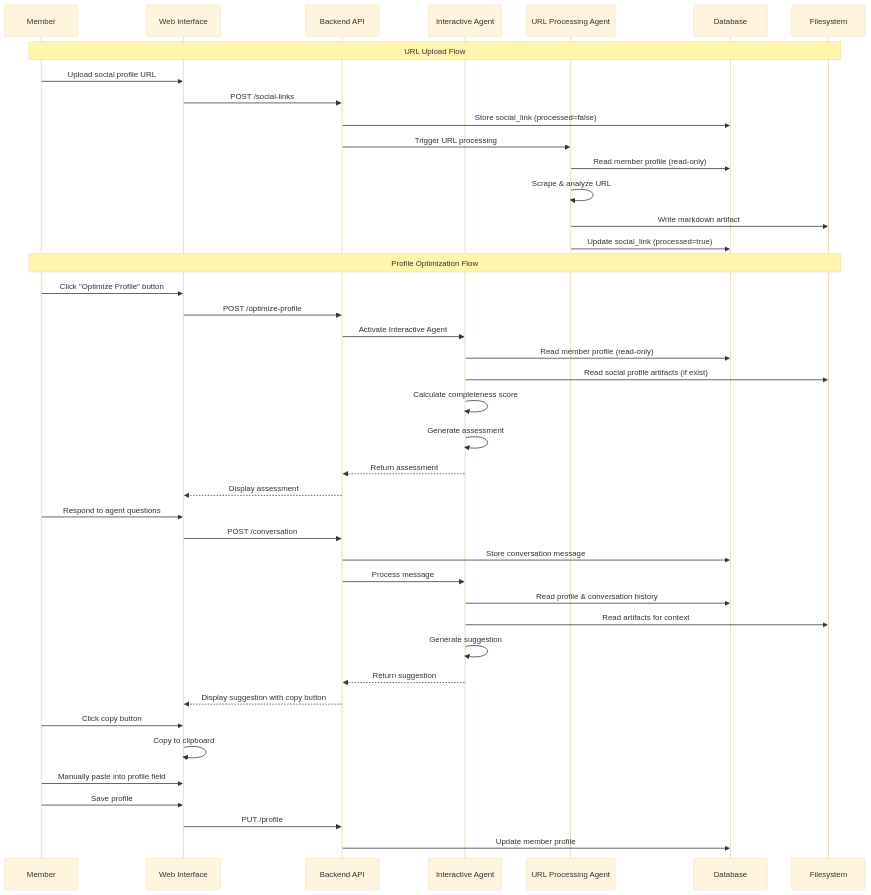
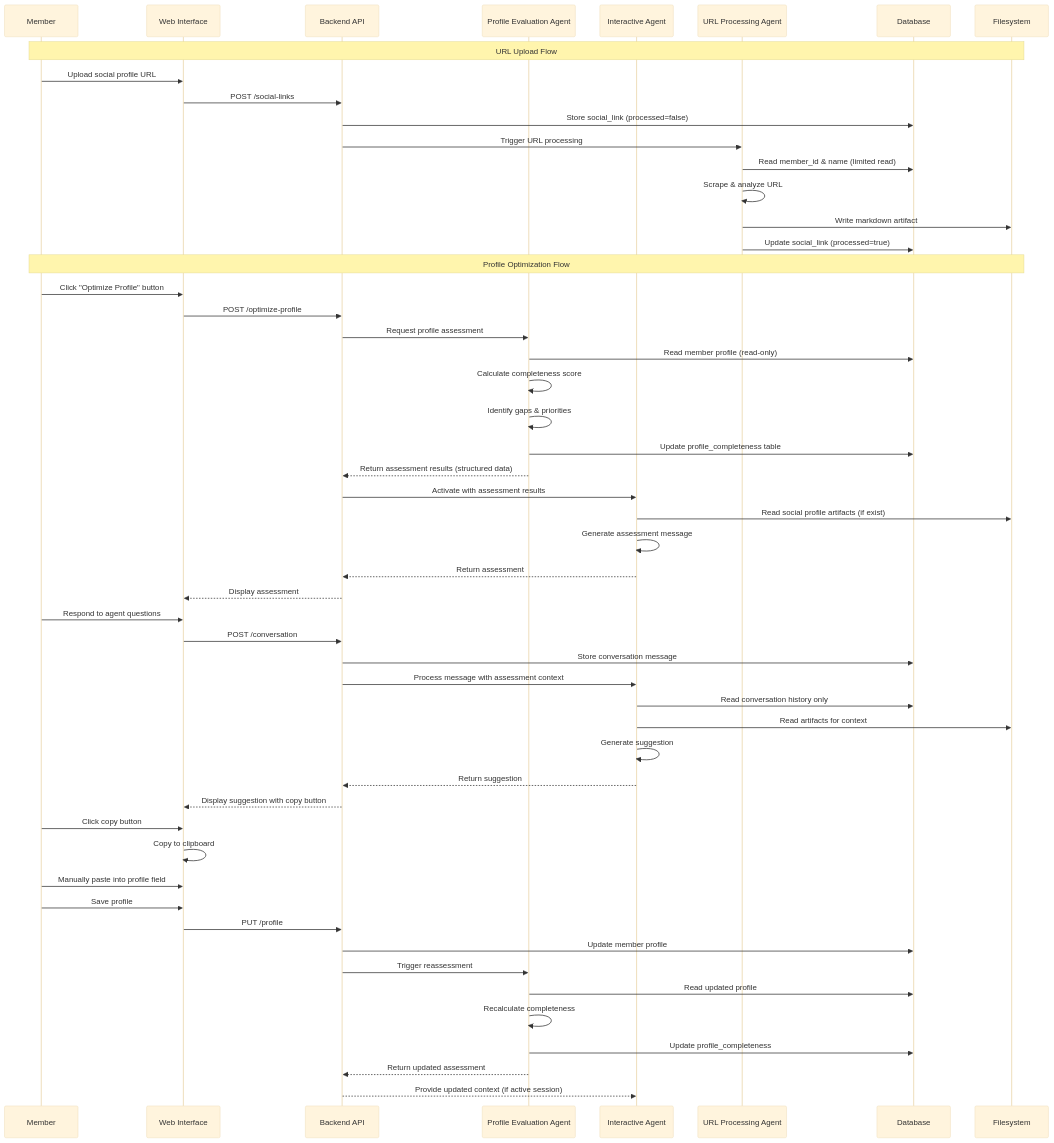
The second of 2 diagrams in specs/design.md (bd-aohk/WR-profile-optimizer), drawn with Mermaid (base theme) before and after one commit. The commit also changed other lines of this file and 1 other file, not shown here.

Commit message:
Update to 3-agent architecture: Add Profile Evaluation Agent for enhanced security and data privacy

````diff
--- a/specs/design.md
+++ b/specs/design.md
@@ -78,48 +84,59 @@
 ```mermaid
 sequenceDiagram
     participant Member
     participant UI as Web Interface
     participant API as Backend API
+    participant PEA as Profile Evaluation Agent
     participant IA as Interactive Agent
     participant UA as URL Processing Agent
     participant DB as Database
     participant FS as Filesystem
     
     Note over Member,FS: URL Upload Flow
     Member->>UI: Upload social profile URL
     UI->>API: POST /social-links
     API->>DB: Store social_link (processed=false)
     API->>UA: Trigger URL processing
-    UA->>DB: Read member profile (read-only)
+    UA->>DB: Read member_id & name (limited read)
     UA->>UA: Scrape & analyze URL
     UA->>FS: Write markdown artifact
     UA->>DB: Update social_link (processed=true)
     
     Note over Member,FS: Profile Optimization Flow
     Member->>UI: Click "Optimize Profile" button
     UI->>API: POST /optimize-profile
-    API->>IA: Activate Interactive Agent
-    IA->>DB: Read member profile (read-only)
+    API->>PEA: Request profile assessment
+    PEA->>DB: Read member profile (read-only)
+    PEA->>PEA: Calculate completeness score
+    PEA->>PEA: Identify gaps & priorities
+    PEA->>DB: Update profile_completeness table
+    PEA-->>API: Return assessment results (structured data)
+    API->>IA: Activate with assessment results
     IA->>FS: Read social profile artifacts (if exist)
-    IA->>IA: Calculate completeness score
-    IA->>IA: Generate assessment
+    IA->>IA: Generate assessment message
     IA-->>API: Return assessment
     API-->>UI: Display assessment
     
     Member->>UI: Respond to agent questions
     UI->>API: POST /conversation
     API->>DB: Store conversation message
-    API->>IA: Process message
-    IA->>DB: Read profile & conversation history
+    API->>IA: Process message with assessment context
+    IA->>DB: Read conversation history only
     IA->>FS: Read artifacts for context
     IA->>IA: Generate suggestion
     IA-->>API: Return suggestion
     API-->>UI: Display suggestion with copy button
     
     Member->>UI: Click copy button
     UI->>UI: Copy to clipboard
     Member->>UI: Manually paste into profile field
     Member->>UI: Save profile
     UI->>API: PUT /profile
     API->>DB: Update member profile
+    API->>PEA: Trigger reassessment
+    PEA->>DB: Read updated profile
+    PEA->>PEA: Recalculate completeness
+    PEA->>DB: Update profile_completeness
+    PEA-->>API: Return updated assessment
+    API-->>IA: Provide updated context (if active session)
 ```
````
